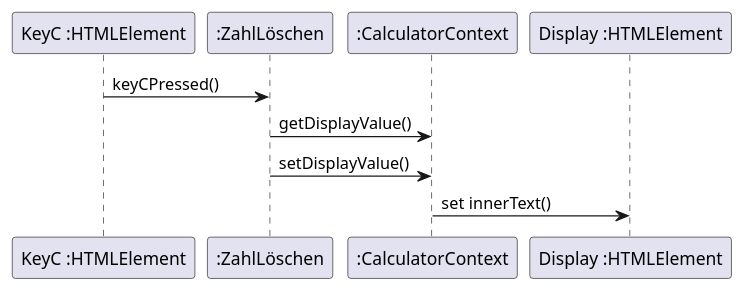
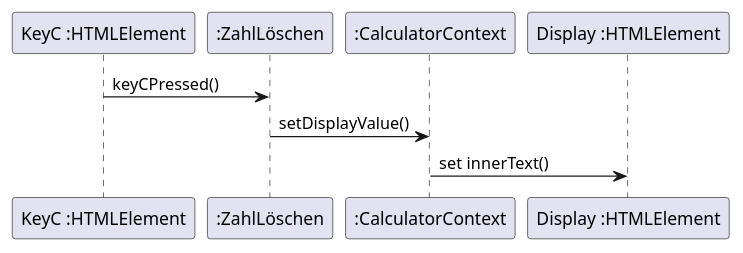
The diagram in puml/KeyC.puml (nicolas-00/Taschenrechner), drawn with PlantUML before and after one commit.

```diff
--- a/puml/KeyC.puml
+++ b/puml/KeyC.puml
@@ -1,13 +1,12 @@
 @startuml
 
 participant "KeyC :HTMLElement" as KeyC
 participant ":ZahlLöschen" as ZahlLöschen
 participant ":CalculatorContext" as CalculatorContext
 participant "Display :HTMLElement" as Display
 
 KeyC -> ZahlLöschen: keyCPressed()
-ZahlLöschen -> CalculatorContext: getDisplayValue()
 ZahlLöschen -> CalculatorContext: setDisplayValue()
 CalculatorContext -> Display: set innerText()
 
 @enduml
```
